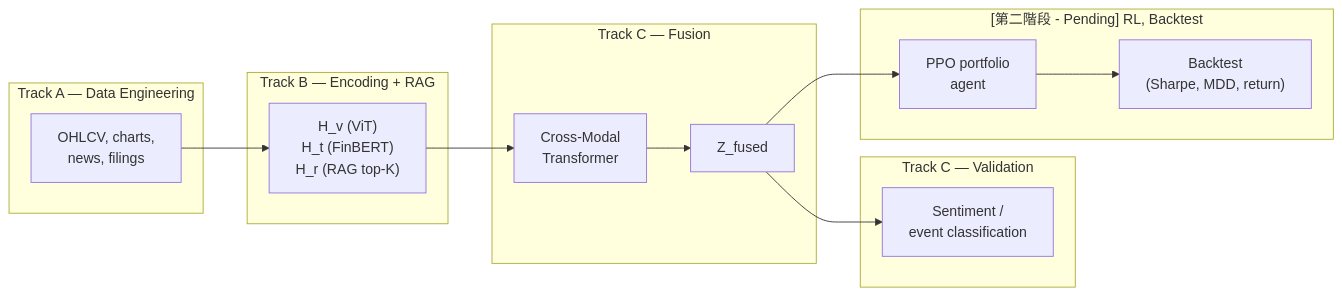
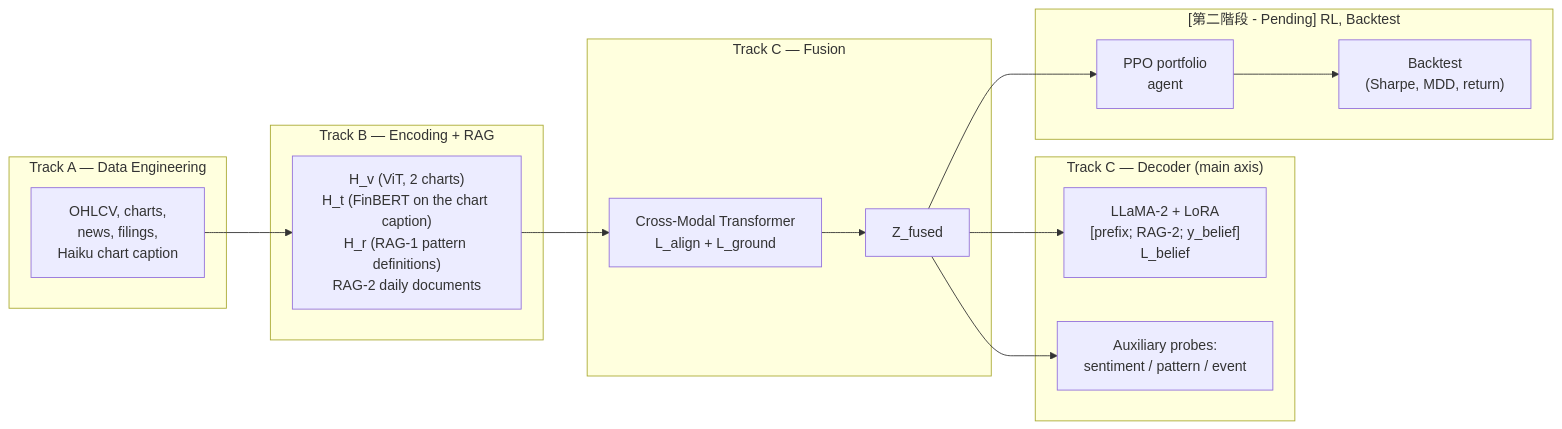
Before and after one commit to ZhenYan1214/MultiFinRL: the diagram in README.md, drawn with Mermaid. The commit also changed other lines of this file and 47 other files, not shown here.

````diff
--- a/README.md
+++ b/README.md
@@ -21,23 +21,25 @@
 ```mermaid
 flowchart LR
     subgraph A["Track A — Data Engineering"]
-        A1["OHLCV, charts,\nnews, filings"]
+        A1["OHLCV, charts,\nnews, filings,\nHaiku chart caption"]
     end
     subgraph B["Track B — Encoding + RAG"]
-        B1["H_v (ViT)\nH_t (FinBERT)\nH_r (RAG top-K)"]
+        B1["H_v (ViT, 2 charts)\nH_t (FinBERT on the chart caption)\nH_r (RAG-1 pattern definitions)\nRAG-2 daily documents"]
     end
     subgraph C1["Track C — Fusion"]
-        C1a["Cross-Modal\nTransformer"]
+        C1a["Cross-Modal Transformer\nL_align + L_ground"]
         C1b["Z_fused"]
     end
-    subgraph C2["Track C — Validation"]
-        C2a["Sentiment /\nevent classification"]
+    subgraph C2["Track C — Decoder (main axis)"]
+        C2d["LLaMA-2 + LoRA\n[prefix; RAG-2; y_belief]\nL_belief"]
+        C2a["Auxiliary probes:\nsentiment / pattern / event"]
     end
     subgraph C3["[第二階段 - Pending] RL, Backtest"]
         C2b["PPO portfolio\nagent"]
         C2c["Backtest\n(Sharpe, MDD, return)"]
     end
     A1 --> B1 --> C1a --> C1b
+    C1b --> C2d
     C1b --> C2a
     C1b --> C2b --> C2c
 ```
````
